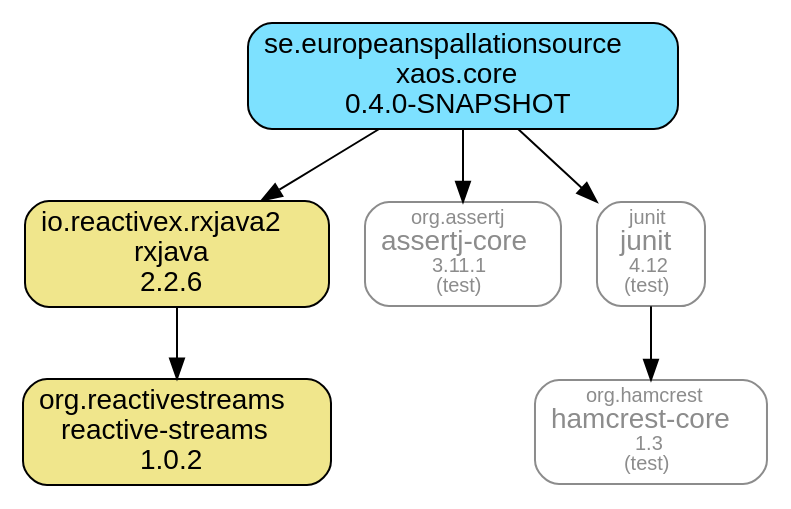
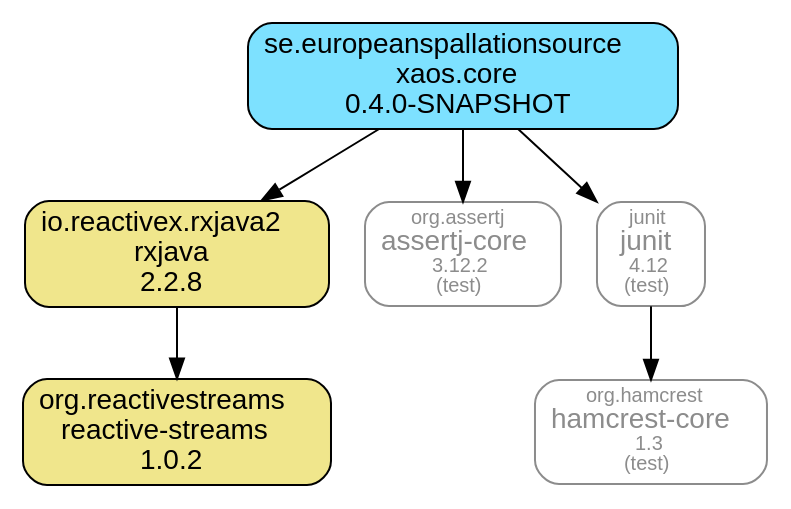
The diagram in xaos.core.module/doc/maven-dependencies.dot (ESSICS/XAOS), drawn with Graphviz before and after one commit. The commit also changed 21 other files, not shown here.

```diff
--- a/xaos.core.module/doc/maven-dependencies.dot
+++ b/xaos.core.module/doc/maven-dependencies.dot
@@ -1,19 +1,19 @@
 digraph "xaos.core" {
   node [shape="box",style="rounded",fontname="Helvetica",fontsize="14"]
   edge [fontsize="10",fontname="Helvetica"]
 
   // Node Definitions:
-  "io.reactivex.rxjava2:rxjava:jar"[shape="box",style="rounded, filled",fillcolor="khaki",label=<io.reactivex.rxjava2<br/>rxjava<br/>2.2.6>]
+  "io.reactivex.rxjava2:rxjava:jar"[shape="box",style="rounded, filled",fillcolor="khaki",label=<io.reactivex.rxjava2<br/>rxjava<br/>2.2.8>]
   "org.reactivestreams:reactive-streams:jar"[shape="box",style="rounded, filled",fillcolor="khaki",label=<org.reactivestreams<br/>reactive-streams<br/>1.0.2>]
   "se.europeanspallationsource:xaos.core:jar"[shape="box",style="rounded, filled",fillcolor="#7DE1FF",label=<se.europeanspallationsource<br/>xaos.core<br/>0.4.0-SNAPSHOT>]
-  "org.assertj:assertj-core:jar"[shape="box",style="rounded",color="grey55",fontname="Helvetica",fontsize="14",fontcolor="grey55",label=<<font color="grey55" point-size="10">org.assertj</font><br/>assertj-core<font color="grey55" point-size="10"><br/>3.11.1</font><font color="grey55" point-size="10"><br/>(test)</font>>]
+  "org.assertj:assertj-core:jar"[shape="box",style="rounded",color="grey55",fontname="Helvetica",fontsize="14",fontcolor="grey55",label=<<font color="grey55" point-size="10">org.assertj</font><br/>assertj-core<font color="grey55" point-size="10"><br/>3.12.2</font><font color="grey55" point-size="10"><br/>(test)</font>>]
   "junit:junit:jar"[shape="box",style="rounded",color="grey55",fontname="Helvetica",fontsize="14",fontcolor="grey55",label=<<font color="grey55" point-size="10">junit</font><br/>junit<font color="grey55" point-size="10"><br/>4.12</font><font color="grey55" point-size="10"><br/>(test)</font>>]
   "org.hamcrest:hamcrest-core:jar"[shape="box",style="rounded",color="grey55",fontname="Helvetica",fontsize="14",fontcolor="grey55",label=<<font color="grey55" point-size="10">org.hamcrest</font><br/>hamcrest-core<font color="grey55" point-size="10"><br/>1.3</font><font color="grey55" point-size="10"><br/>(test)</font>>]
 
   // Edge Definitions:
   "io.reactivex.rxjava2:rxjava:jar" -> "org.reactivestreams:reactive-streams:jar"
   "se.europeanspallationsource:xaos.core:jar" -> "io.reactivex.rxjava2:rxjava:jar"
   "se.europeanspallationsource:xaos.core:jar" -> "org.assertj:assertj-core:jar"
   "junit:junit:jar" -> "org.hamcrest:hamcrest-core:jar"
   "se.europeanspallationsource:xaos.core:jar" -> "junit:junit:jar"
 }
```
